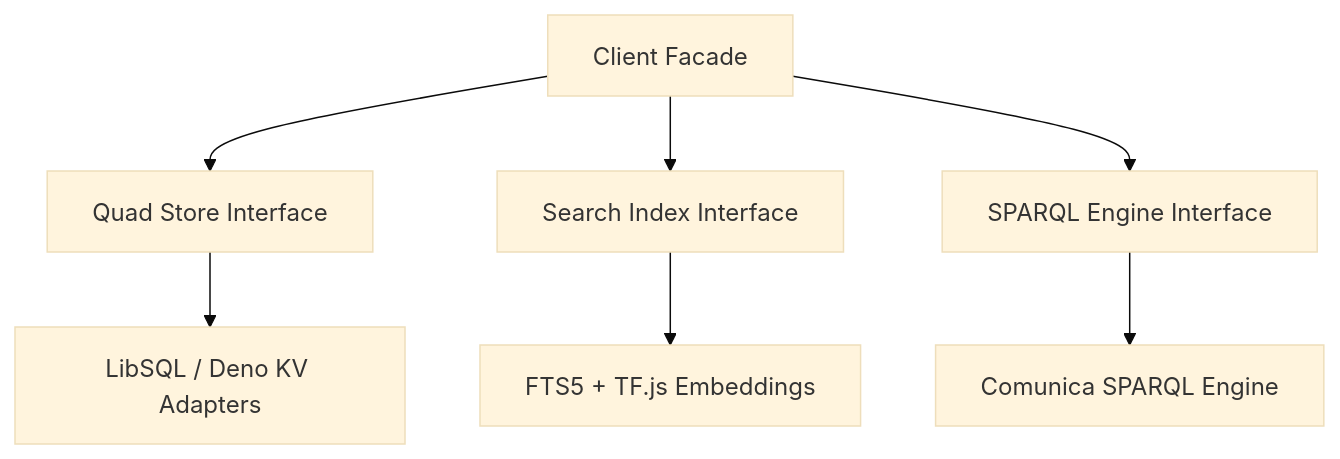
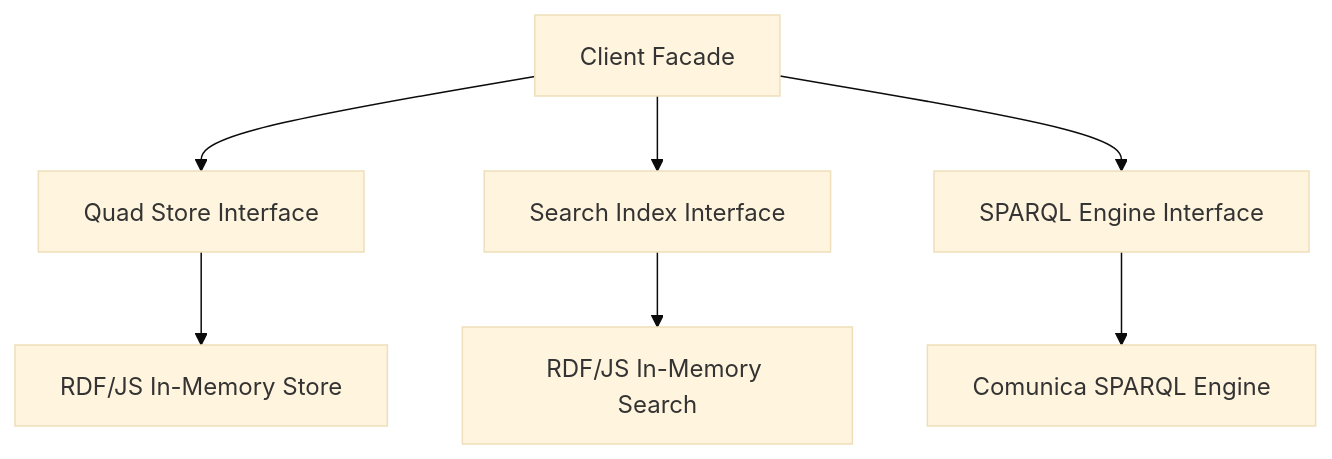
The diagram in skills/worlds-client-ts-onboarding/REFERENCE.md (wazootech/worlds-sdk-ts), drawn with Mermaid (base theme) before and after one commit. The commit also changed other lines of this file and 2 other files, not shown here.

````diff
--- a/skills/worlds-client-ts-onboarding/REFERENCE.md
+++ b/skills/worlds-client-ts-onboarding/REFERENCE.md
@@ -19,10 +19,10 @@
 ```mermaid
 graph TD
     Client[Client Facade] --> QuadStore[Quad Store Interface]
     Client --> SearchIndex[Search Index Interface]
     Client --> SparqlEngine[SPARQL Engine Interface]
     
-    QuadStore --> LibsqlQuadStore[LibSQL / Deno KV Adapters]
-    SearchIndex --> HybridSearch[FTS5 + TF.js Embeddings]
+    QuadStore --> RdfjsQuadStore[RDF/JS In-Memory Store]
+    SearchIndex --> RdfjsSearchIndex[RDF/JS In-Memory Search]
     SparqlEngine --> Comunica[Comunica SPARQL Engine]
 ```
````
